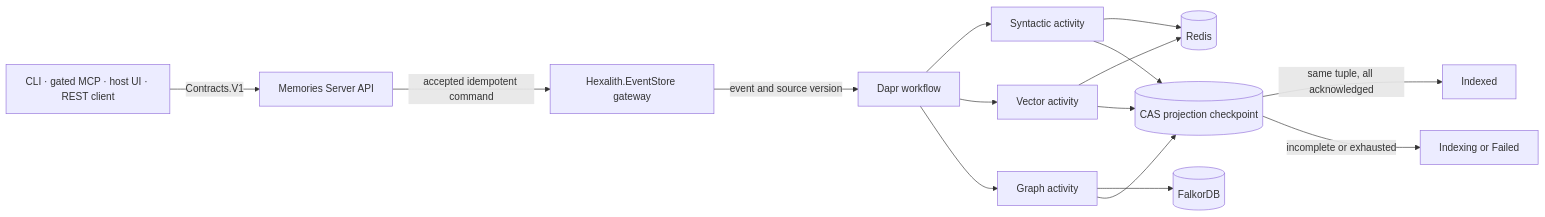
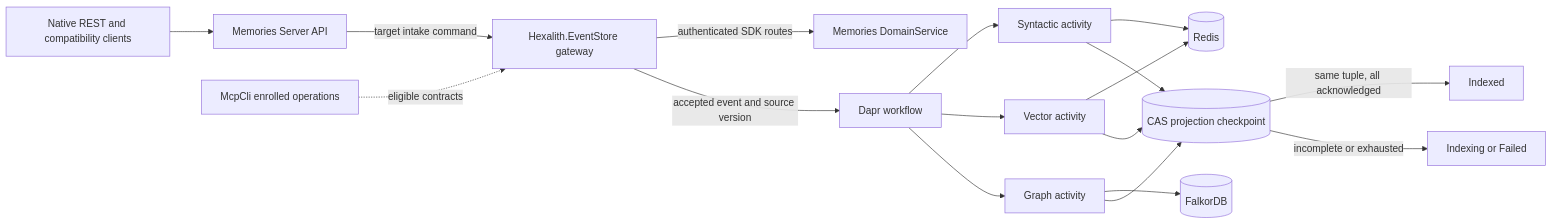
One commit to Hexalith/Hexalith.Memories changed the second of 2 diagrams in _bmad-output/planning-artifacts/architecture/architecture-memories-2026-09-09/ARCHITECTURE-SPINE.md. Above: the diagram before and after it, drawn with Mermaid. The commit also changed other lines of this file and 28 other files, not shown here.

````diff
--- a/_bmad-output/planning-artifacts/architecture/architecture-memories-2026-09-09/ARCHITECTURE-SPINE.md
+++ b/_bmad-output/planning-artifacts/architecture/architecture-memories-2026-09-09/ARCHITECTURE-SPINE.md
@@ -363,17 +404,19 @@
 ```mermaid
 flowchart LR
-    Caller[CLI · gated MCP · host UI · REST client] -->|Contracts.V1| API[Memories Server API]
-    API -->|accepted idempotent command| ES[Hexalith.EventStore gateway]
-    ES -->|event and source version| WF[Dapr workflow]
+    Native[Native REST and compatibility clients] --> API[Memories Server API]
+    Target[McpCli enrolled operations] -. eligible contracts .-> ES[Hexalith.EventStore gateway]
+    API -->|target intake command| ES
+    ES -->|authenticated SDK routes| DS[Memories DomainService]
+    ES -->|accepted event and source version| WF[Dapr workflow]
     WF --> A1[Syntactic activity]
     WF --> A2[Vector activity]
     WF --> A3[Graph activity]
     A1 --> Redis[(Redis)]
     A2 --> Redis
     A3 --> Graph[(FalkorDB)]
     A1 --> CP[(CAS projection checkpoint)]
     A2 --> CP
     A3 --> CP
     CP -->|same tuple, all acknowledged| Indexed[Indexed]
     CP -->|incomplete or exhausted| Pending[Indexing or Failed]
 ```
````
